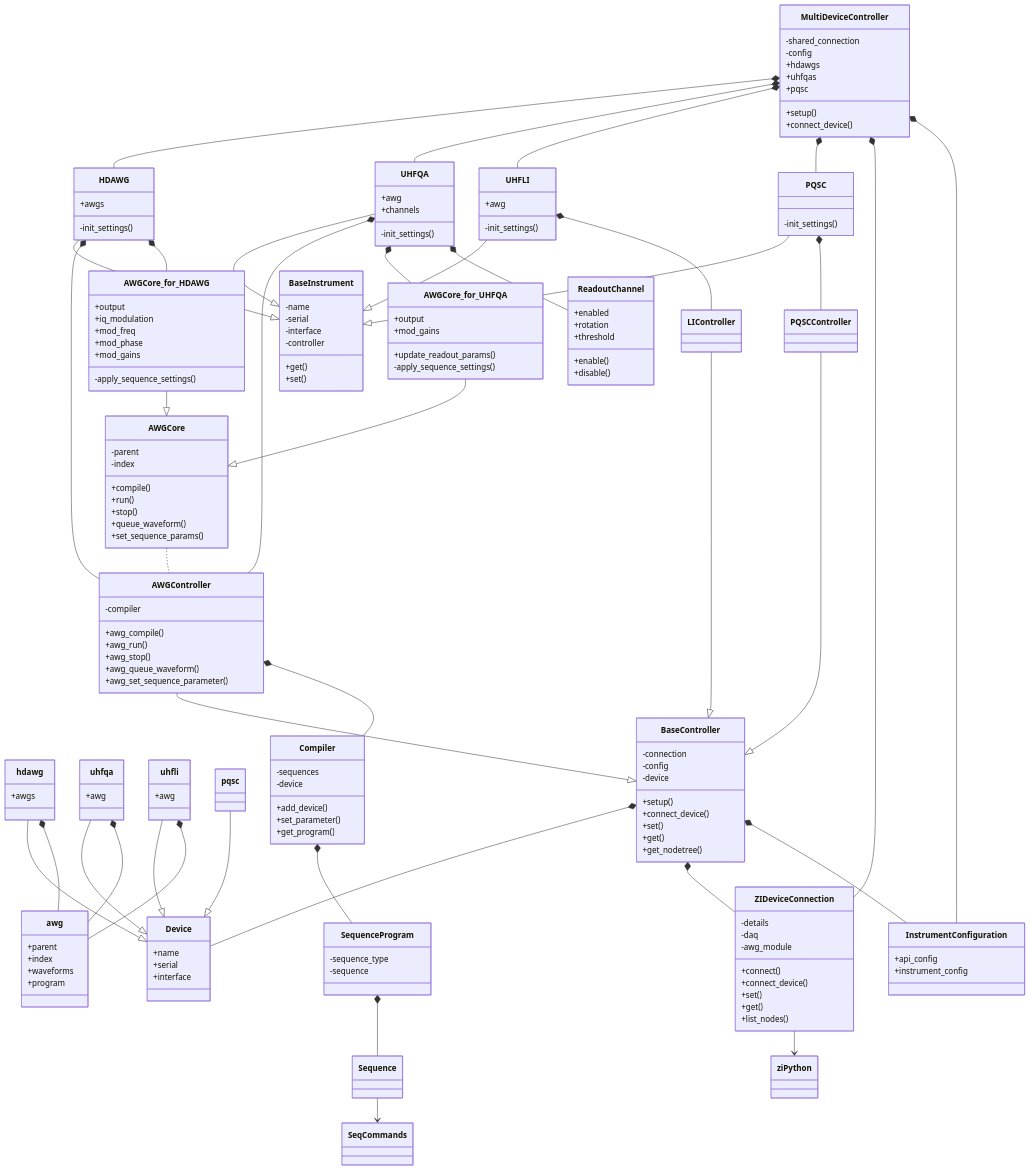
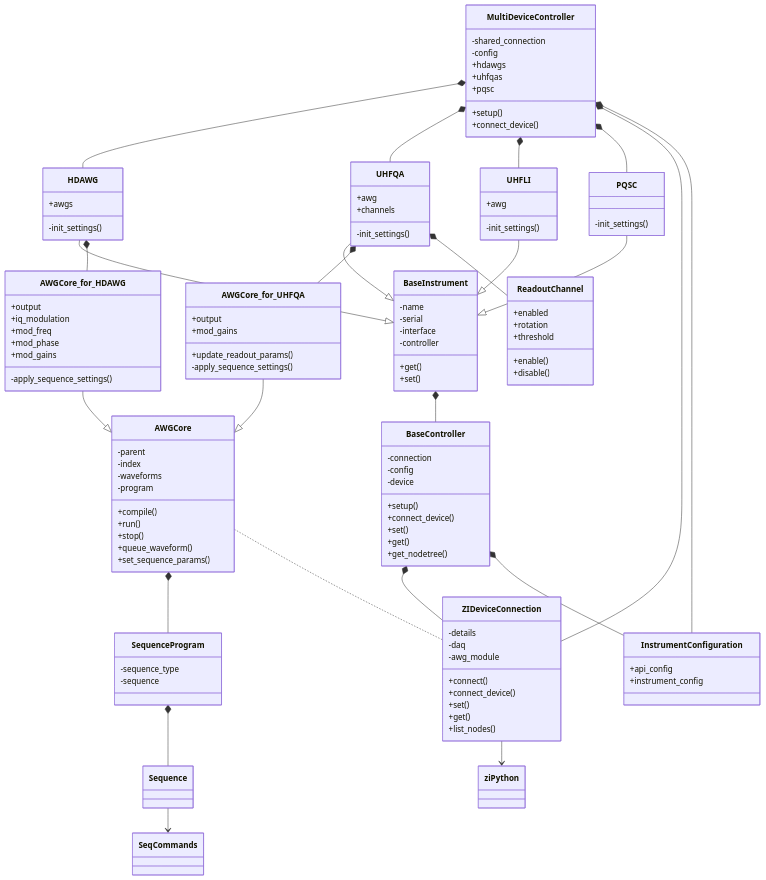
Before and after one commit to zhinst/zhinst-toolkit: the diagram in class_diagram.md, drawn with Mermaid. The commit also changed 28 other files, not shown here.

````diff
--- a/class_diagram.md
+++ b/class_diagram.md
@@ -4,39 +4,23 @@
 ```mermaid
 
 classDiagram
-
-    hdawg --|> Device
-    hdawg *-- awg
-    uhfqa --|> Device
-    uhfqa *-- awg
-    uhfli --|> Device
-    uhfli *-- awg
-    pqsc --|> Device
-    BaseController *-- Device
     BaseController *-- ZIDeviceConnection
     ZIDeviceConnection --> ziPython
     BaseController *-- InstrumentConfiguration
-    AWGController --|> BaseController
-    AWGController *-- Compiler
-    PQSCController --|> BaseController
-    LIController --|> BaseController
-    Compiler *-- SequenceProgram
+    AWGCore *-- SequenceProgram
+    AWGCore .. ZIDeviceConnection
     SequenceProgram *-- Sequence
     Sequence --> SeqCommands
+    AWGCore_for_HDAWG --|> AWGCore
     AWGCore_for_UHFQA --|> AWGCore
-    AWGCore_for_HDAWG --|> AWGCore
-    AWGCore .. AWGController
     HDAWG --|> BaseInstrument
     UHFQA --|> BaseInstrument
     UHFLI --|> BaseInstrument
     PQSC --|> BaseInstrument
-    HDAWG *-- AWGController
-    UHFQA *-- AWGController
+    BaseInstrument *-- BaseController
     HDAWG *-- AWGCore_for_HDAWG
     UHFQA *-- AWGCore_for_UHFQA
     UHFQA *-- ReadoutChannel
-    UHFLI *-- LIController
-    PQSC *-- PQSCController
     MultiDeviceController *-- HDAWG
     MultiDeviceController *-- UHFQA
     MultiDeviceController *-- UHFLI
@@ -46,27 +30,6 @@
     
 
     
-    class Device{
-        +name
-        +serial
-        +interface
-    }
-    class awg{
-        +parent
-        +index
-        +waveforms
-        +program
-    }
-    class hdawg{
-        +awgs
-    }
-    class uhfqa{
-        +awg
-    }
-    class pqsc
-    class uhfli{
-        +awg
-    }
     class BaseController{
         -connection
         -config
@@ -91,23 +54,6 @@
         +api_config
         +instrument_config
     }
-    class AWGController{
-        -compiler
-        +awg_compile()
-        +awg_run()
-        +awg_stop()
-        +awg_queue_waveform()
-        +awg_set_sequence_parameter()
-    }
-    class PQSCController
-    class LIController
-    class Compiler{
-        -sequences
-        -device
-        +add_device()
-        +set_parameter()
-        +get_program()
-    }
     class SequenceProgram{
         -sequence_type
         -sequence
@@ -117,6 +63,8 @@
     class AWGCore{
         -parent
         -index
+        -waveforms
+        -program
         +compile()
         +run()
         +stop()
````
